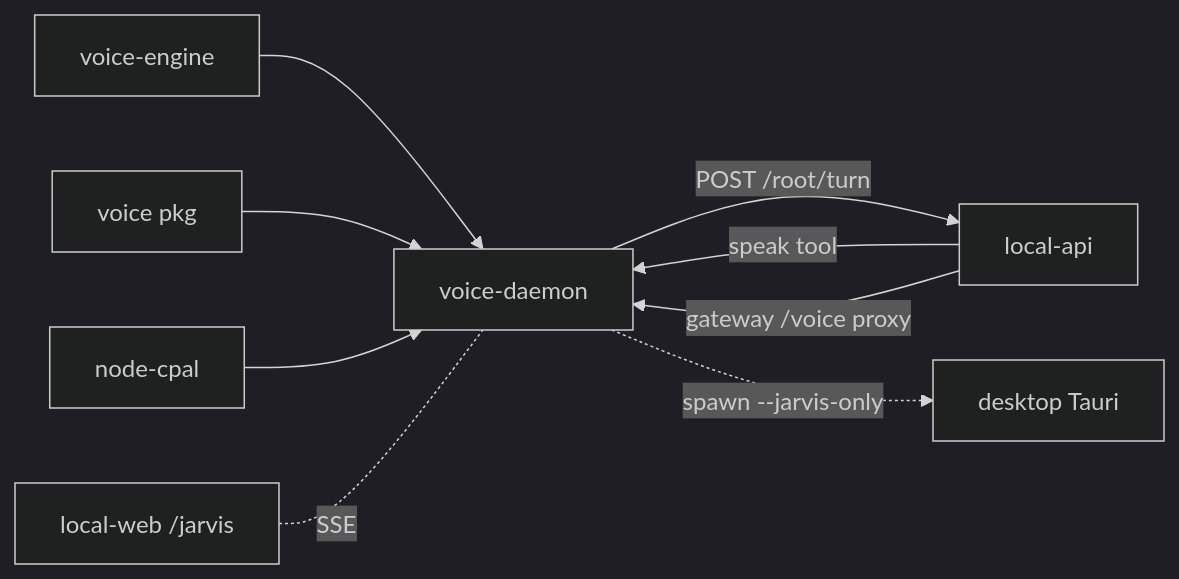
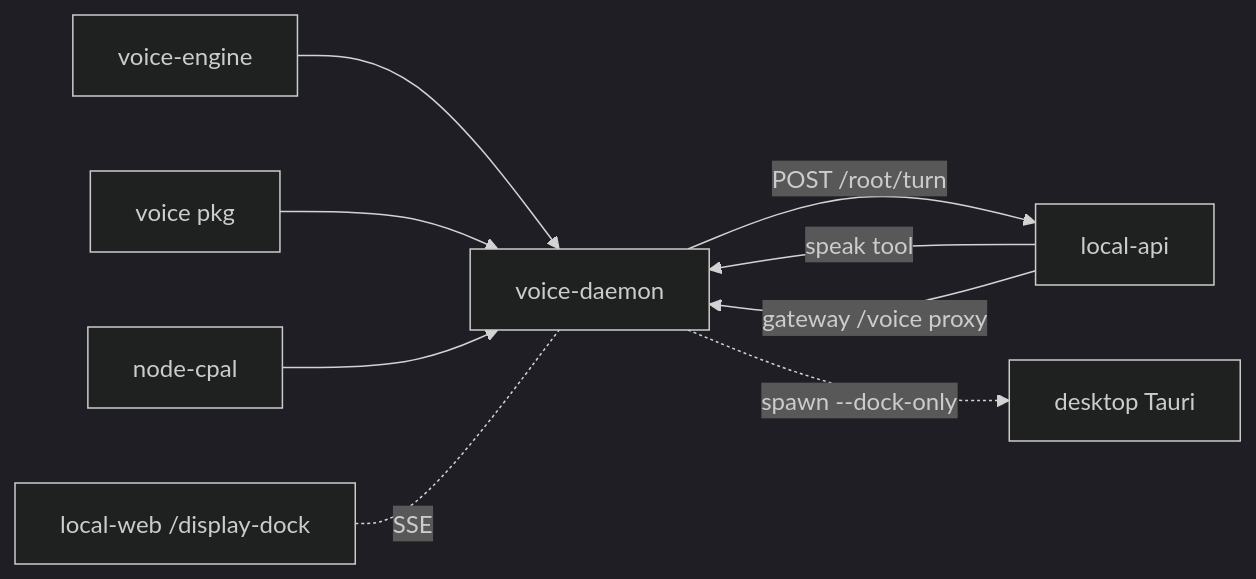
The second of 2 diagrams in .claude/docs/_apps/voice/structure.md (chadnicely/Vynel-Demo), drawn with Mermaid (dark theme) before and after one commit. The commit also changed other lines of this file and 80 other files, not shown here.

First line of the commit message:
refactor: the wake window is the display dock — jarvis identifiers renamed

````diff
--- a/.claude/docs/_apps/voice/structure.md
+++ b/.claude/docs/_apps/voice/structure.md
@@ -142,11 +142,11 @@
 ```mermaid
 flowchart LR
     VE[voice-engine] --> VD[voice-daemon]
     VP[voice pkg] --> VD
     cpal[node-cpal] --> VD
     VD -- POST /root/turn --> LA[local-api]
     LA -- speak tool --> VD
     LA -- gateway /voice proxy --> VD
-    web[local-web /jarvis] -. SSE .- VD
-    VD -. spawn --jarvis-only .-> desk[desktop Tauri]
+    web[local-web /display-dock] -. SSE .- VD
+    VD -. spawn --dock-only .-> desk[desktop Tauri]
 ```
````
